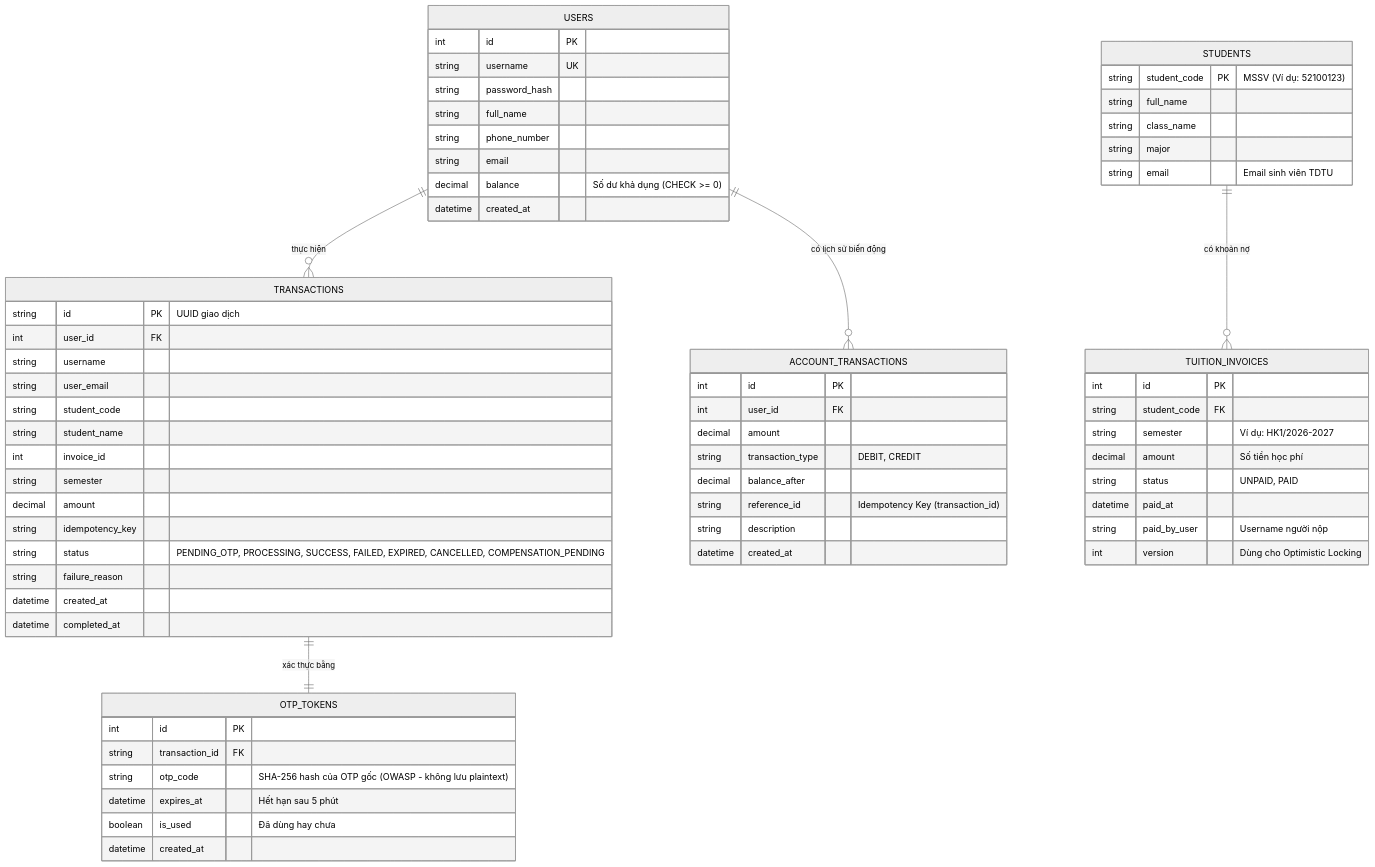
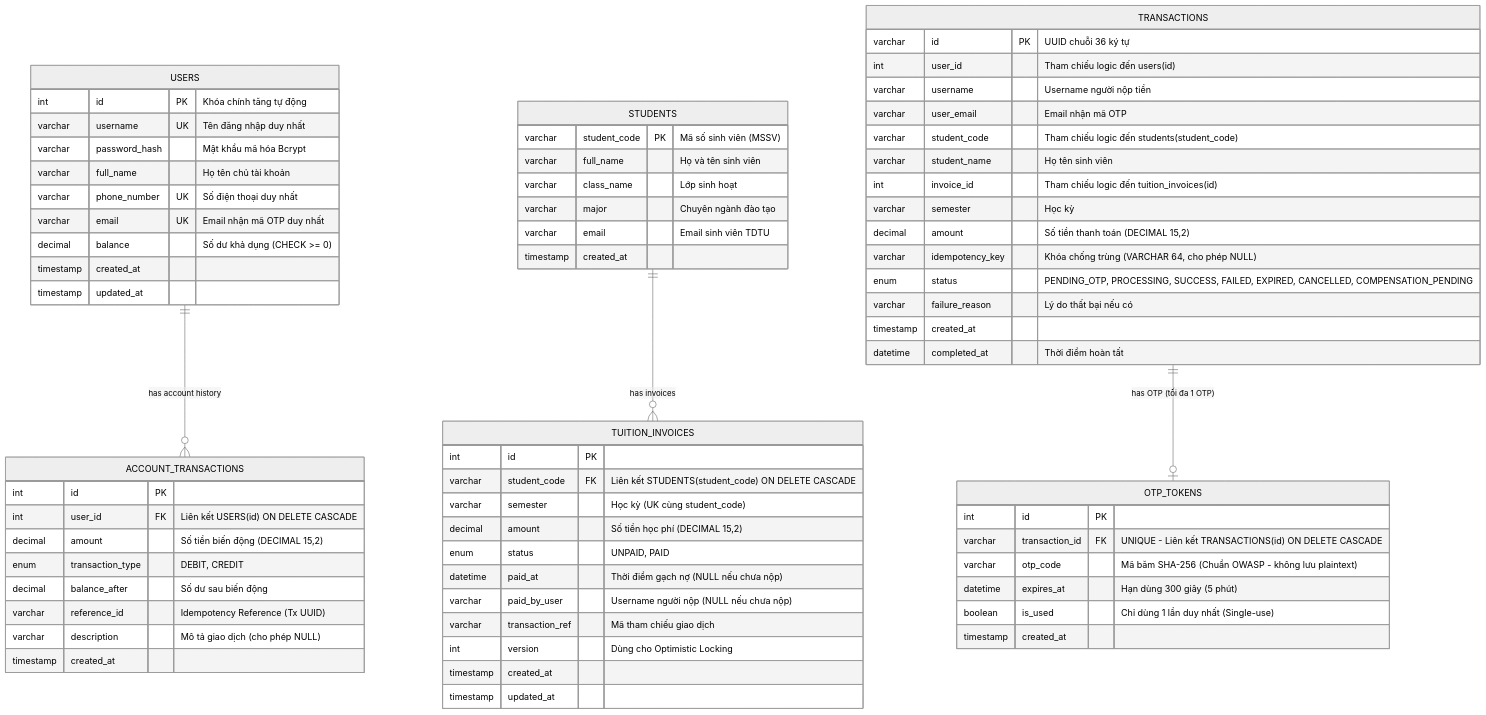
Before and after one commit to Khoi3303/iBanking: the third of 3 diagrams in docs/system_architecture.md, drawn with Mermaid (neutral theme). The commit also changed other lines of this file and 1 other file, not shown here.

Commit message:
docs: update system architecture and midterm report

````diff
--- a/docs/system_architecture.md
+++ b/docs/system_architecture.md
@@ -129,77 +131,82 @@
 ```mermaid
 erDiagram
-    %% User Database
+    %% 1. USER SERVICE DATABASE (ibanking_user_db)
     USERS {
-        int id PK
-        string username UK
-        string password_hash
-        string full_name
-        string phone_number
-        string email
+        int id PK "Khóa chính tăng tự động"
+        varchar username UK "Tên đăng nhập duy nhất"
+        varchar password_hash "Mật khẩu mã hóa Bcrypt"
+        varchar full_name "Họ tên chủ tài khoản"
+        varchar phone_number UK "Số điện thoại duy nhất"
+        varchar email UK "Email nhận mã OTP duy nhất"
         decimal balance "Số dư khả dụng (CHECK >= 0)"
-        datetime created_at
+        timestamp created_at
+        timestamp updated_at
     }
 
     ACCOUNT_TRANSACTIONS {
         int id PK
-        int user_id FK
-        decimal amount
-        string transaction_type "DEBIT, CREDIT"
-        decimal balance_after
-        string reference_id "Idempotency Key (transaction_id)"
-        string description
-        datetime created_at
+        int user_id FK "Liên kết USERS(id) ON DELETE CASCADE"
+        decimal amount "Số tiền biến động (DECIMAL 15,2)"
+        enum transaction_type "DEBIT, CREDIT"
+        decimal balance_after "Số dư sau biến động"
+        varchar reference_id "Idempotency Reference (Tx UUID)"
+        varchar description "Mô tả giao dịch (cho phép NULL)"
+        timestamp created_at
     }
 
-    %% Tuition Database (TDTU)
+    %% 2. TUITION SERVICE DATABASE (tdtu_tuition_db)
     STUDENTS {
-        string student_code PK "MSSV (Ví dụ: 52100123)"
-        string full_name
-        string class_name
-        string major
-        string email "Email sinh viên TDTU"
+        varchar student_code PK "Mã số sinh viên (MSSV)"
+        varchar full_name "Họ và tên sinh viên"
+        varchar class_name "Lớp sinh hoạt"
+        varchar major "Chuyên ngành đào tạo"
+        varchar email "Email sinh viên TDTU"
+        timestamp created_at
     }
 
     TUITION_INVOICES {
         int id PK
-        string student_code FK
-        string semester "Ví dụ: HK1/2026-2027"
-        decimal amount "Số tiền học phí"
-        string status "UNPAID, PAID"
-        datetime paid_at
-        string paid_by_user "Username người nộp"
+        varchar student_code FK "Liên kết STUDENTS(student_code) ON DELETE CASCADE"
+        varchar semester "Học kỳ (UK cùng student_code)"
+        decimal amount "Số tiền học phí (DECIMAL 15,2)"
+        enum status "UNPAID, PAID"
+        datetime paid_at "Thời điểm gạch nợ (NULL nếu chưa nộp)"
+        varchar paid_by_user "Username người nộp (NULL nếu chưa nộp)"
+        varchar transaction_ref "Mã tham chiếu giao dịch"
         int version "Dùng cho Optimistic Locking"
+        timestamp created_at
+        timestamp updated_at
     }
 
-    %% Payment Database
+    %% 3. PAYMENT SERVICE DATABASE (ibanking_payment_db)
     TRANSACTIONS {
-        string id PK "UUID giao dịch"
-        int user_id FK
-        string username
-        string user_email
-        string student_code
-        string student_name
-        int invoice_id
-        string semester
-        decimal amount
-        string idempotency_key
-        string status "PENDING_OTP, PROCESSING, SUCCESS, FAILED, EXPIRED, CANCELLED, COMPENSATION_PENDING"
-        string failure_reason
-        datetime created_at
-        datetime completed_at
+        varchar id PK "UUID chuỗi 36 ký tự"
+        int user_id "Tham chiếu logic đến users(id)"
+        varchar username "Username người nộp tiền"
+        varchar user_email "Email nhận mã OTP"
+        varchar student_code "Tham chiếu logic đến students(student_code)"
+        varchar student_name "Họ tên sinh viên"
+        int invoice_id "Tham chiếu logic đến tuition_invoices(id)"
+        varchar semester "Học kỳ"
+        decimal amount "Số tiền thanh toán (DECIMAL 15,2)"
+        varchar idempotency_key "Khóa chống trùng (VARCHAR 64, cho phép NULL)"
+        enum status "PENDING_OTP, PROCESSING, SUCCESS, FAILED, EXPIRED, CANCELLED, COMPENSATION_PENDING"
+        varchar failure_reason "Lý do thất bại nếu có"
+        timestamp created_at
+        datetime completed_at "Thời điểm hoàn tất"
     }
 
     OTP_TOKENS {
         int id PK
-        string transaction_id FK
-        string otp_code "SHA-256 hash của OTP gốc (OWASP - không lưu plaintext)"
-        datetime expires_at "Hết hạn sau 5 phút"
-        boolean is_used "Đã dùng hay chưa"
-        datetime created_at
+        varchar transaction_id FK "UNIQUE - Liên kết TRANSACTIONS(id) ON DELETE CASCADE"
+        varchar otp_code "Mã băm SHA-256 (Chuẩn OWASP - không lưu plaintext)"
+        datetime expires_at "Hạn dùng 300 giây (5 phút)"
+        boolean is_used "Chỉ dùng 1 lần duy nhất (Single-use)"
+        timestamp created_at
     }
 
-    STUDENTS ||--o{ TUITION_INVOICES : "có khoản nợ"
-    USERS ||--o{ TRANSACTIONS : "thực hiện"
-    USERS ||--o{ ACCOUNT_TRANSACTIONS : "có lịch sử biến động"
-    TRANSACTIONS ||--|| OTP_TOKENS : "xác thực bằng"
+    %% Ràng buộc khóa ngoại vật lý nội bộ từng Database
+    USERS ||--o{ ACCOUNT_TRANSACTIONS : "has account history"
+    STUDENTS ||--o{ TUITION_INVOICES : "has invoices"
+    TRANSACTIONS ||--o| OTP_TOKENS : "has OTP (tối đa 1 OTP)"
 ```
````
